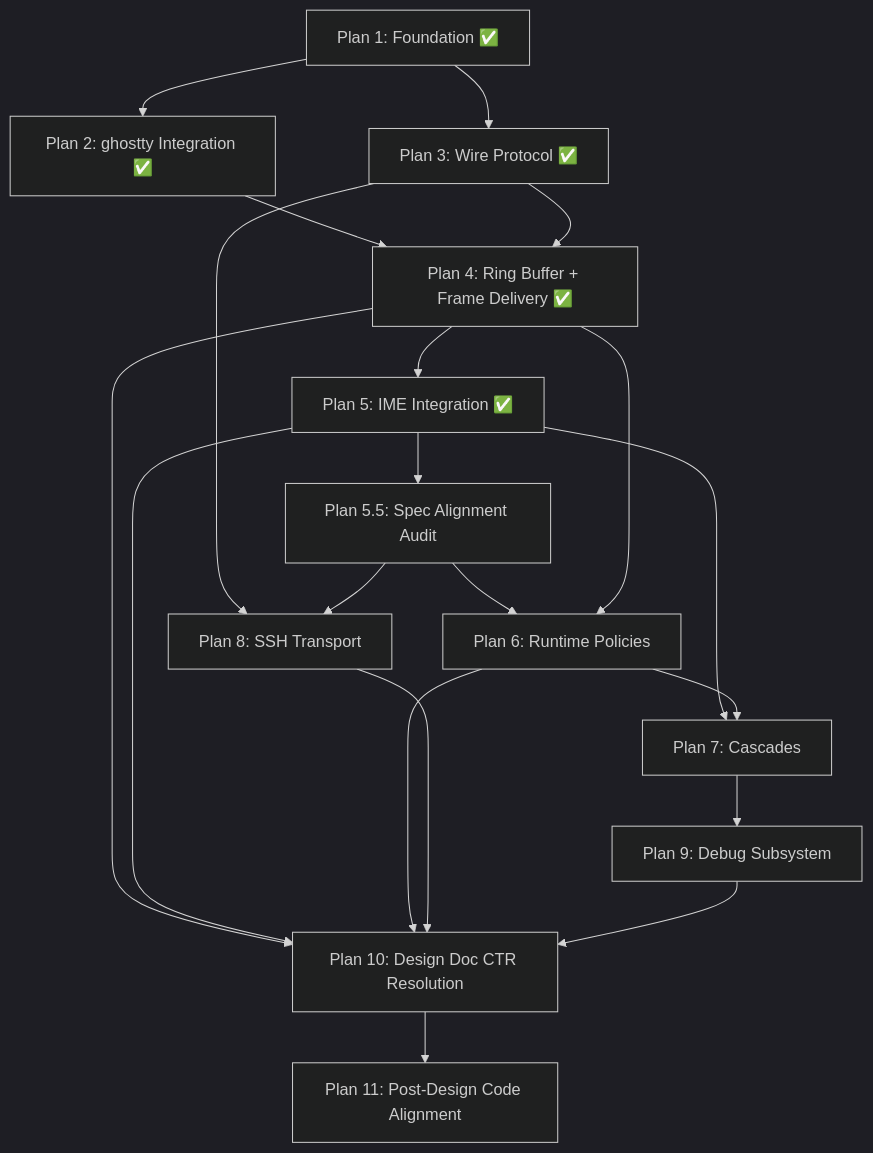
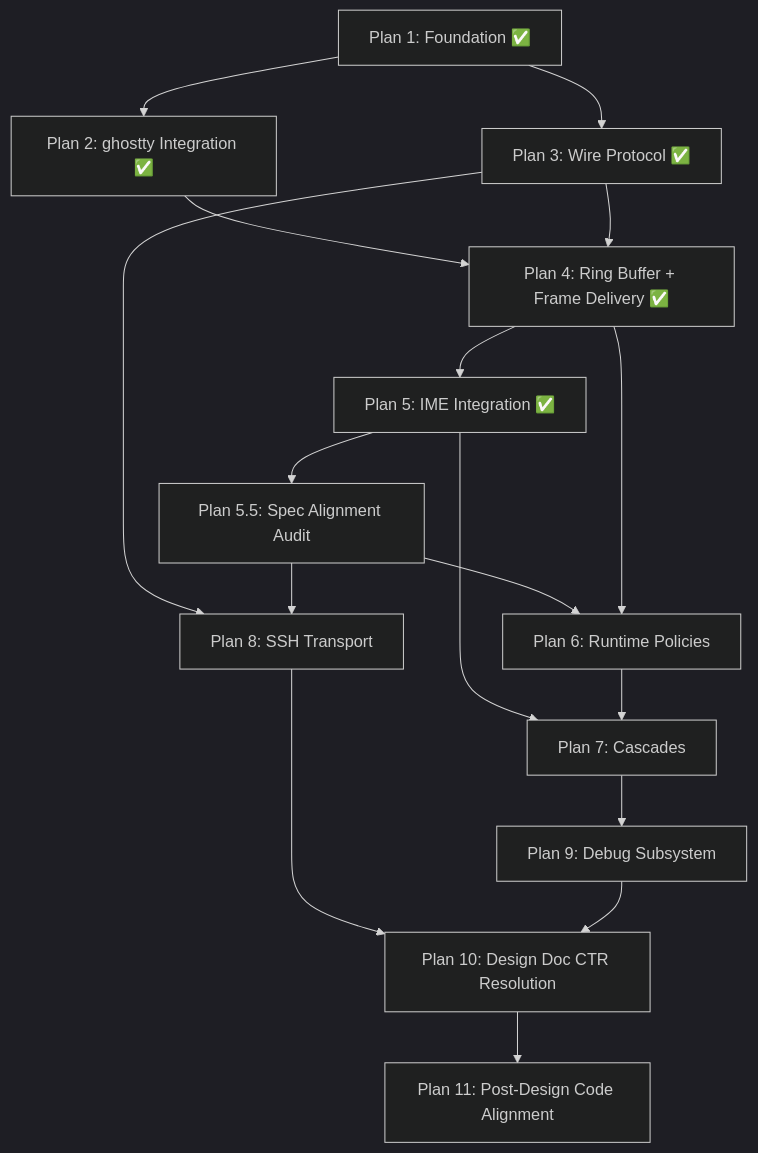
Before and after one commit to powdream-org/it-shell3: the diagram in docs/superpowers/plans/ROADMAP.md, drawn with Mermaid (dark theme).

Commit message:
docs(plans): remove redundant Plan 10 dependency edges
Plans 4, 5, 6 are already transitively reached via Plan 8 and Plan 9.

````diff
--- a/docs/superpowers/plans/ROADMAP.md
+++ b/docs/superpowers/plans/ROADMAP.md
@@ -55,22 +55,19 @@
 ```mermaid
 graph TD
     P1["Plan 1: Foundation ✅"] --> P2["Plan 2: ghostty Integration ✅"]
     P1 --> P3["Plan 3: Wire Protocol ✅"]
     P2 --> P4["Plan 4: Ring Buffer + Frame Delivery ✅"]
     P3 --> P4
     P4 --> P5["Plan 5: IME Integration ✅"]
     P5 --> P5_5["Plan 5.5: Spec Alignment Audit"]
     P5_5 --> P6["Plan 6: Runtime Policies"]
     P4 --> P6
     P5 --> P7["Plan 7: Cascades"]
     P6 --> P7
     P7 --> P9["Plan 9: Debug Subsystem"]
     P3 --> P8["Plan 8: SSH Transport"]
     P5_5 --> P8
-    P4 --> P10["Plan 10: Design Doc CTR Resolution"]
-    P5 --> P10
-    P6 --> P10
-    P8 --> P10
+    P8 --> P10["Plan 10: Design Doc CTR Resolution"]
     P9 --> P10
     P10 --> P11["Plan 11: Post-Design Code Alignment"]
 ```
````
